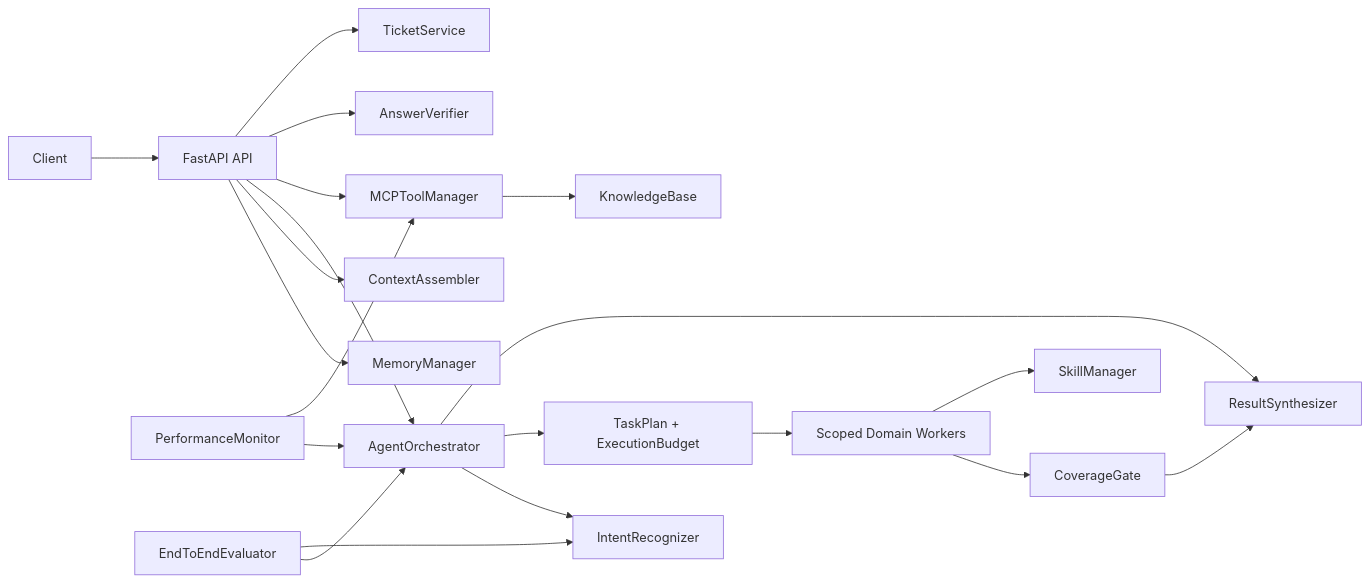
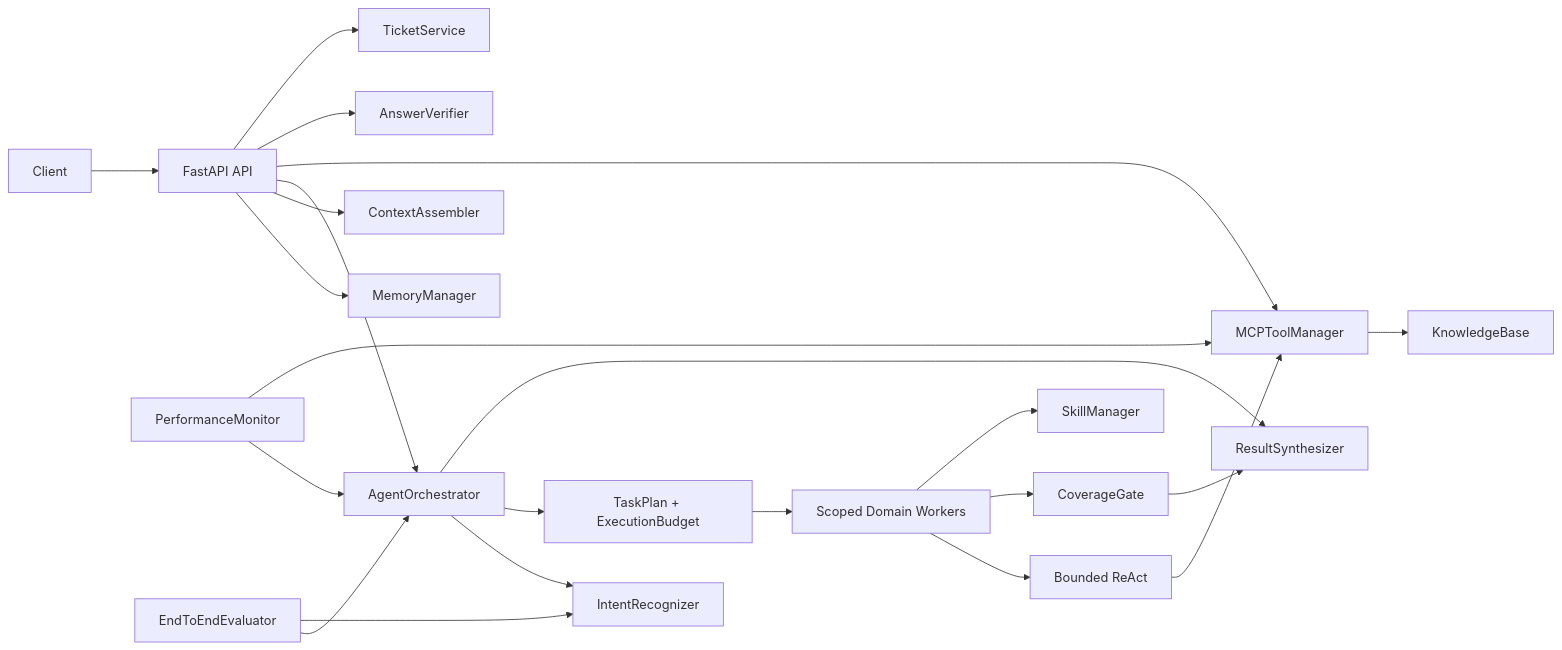
The first of 6 diagrams in docs/full-architecture-tutorial.zh-CN.md (Garrulus21yyx/DialogPilot), drawn with Mermaid before and after one commit. The commit also changed other lines of this file and 9 other files, not shown here.

````diff
--- a/docs/full-architecture-tutorial.zh-CN.md
+++ b/docs/full-architecture-tutorial.zh-CN.md
@@ -105,22 +110,24 @@
 ```mermaid
 flowchart LR
     Client --> API[FastAPI API]
     API --> Memory[MemoryManager]
     API --> Context[ContextAssembler]
     API --> Orchestrator[AgentOrchestrator]
     API --> Tool[MCPToolManager]
     API --> Verifier[AnswerVerifier]
     API --> Ticket[TicketService]
     Orchestrator --> Intent[IntentRecognizer]
     Orchestrator --> Plan[TaskPlan + ExecutionBudget]
     Plan --> Agents[Scoped Domain Workers]
+    Agents --> React[Bounded ReAct]
+    React --> Tool
     Orchestrator --> Synth[ResultSynthesizer]
     Agents --> Coverage[CoverageGate]
     Coverage --> Synth
     Agents --> Skills[SkillManager]
     Tool --> KB[KnowledgeBase]
     Monitor[PerformanceMonitor] --> Orchestrator
     Monitor --> Tool
     Eval[EndToEndEvaluator] --> Orchestrator
     Eval --> Intent
 ```
````
